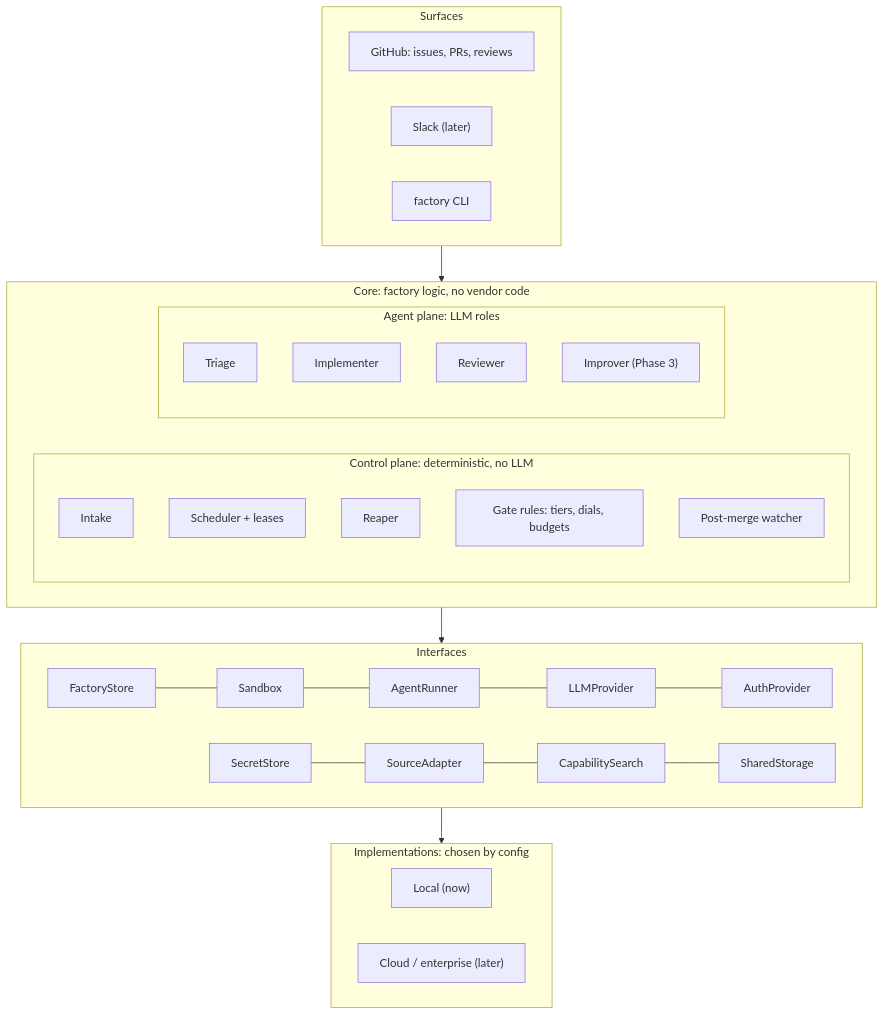
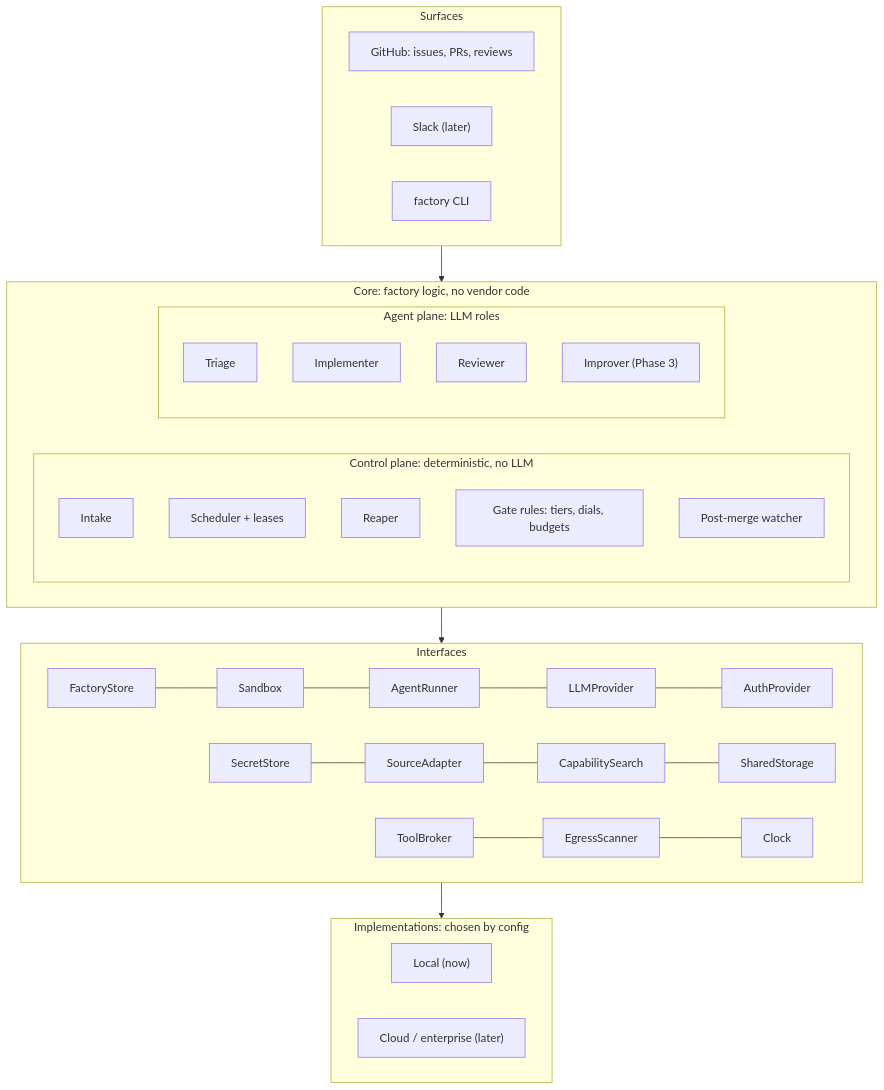
The first of 4 diagrams in docs/architecture.md (seonWKim/software-factory), drawn with Mermaid before and after one commit. The commit also changed other lines of this file and 5 other files, not shown here.

````diff
--- a/docs/architecture.md
+++ b/docs/architecture.md
@@ -15,42 +15,43 @@
 ```mermaid
 graph TB
   subgraph SURF["Surfaces"]
     direction LR
     GH["GitHub: issues, PRs, reviews"]
     SL["Slack (later)"]
     CLI["factory CLI"]
   end
 
   subgraph CORE["Core: factory logic, no vendor code"]
     direction LR
     subgraph CP["Control plane: deterministic, no LLM"]
       direction TB
       IN["Intake"]
       MG["Scheduler + leases"]
       RP["Reaper"]
       GT["Gate rules: tiers, dials, budgets"]
       PM["Post-merge watcher"]
     end
     subgraph AP["Agent plane: LLM roles"]
       direction TB
       TR["Triage"]
       IM["Implementer"]
       RV["Reviewer"]
       IMP["Improver (Phase 3)"]
     end
   end
 
   subgraph IF["Interfaces"]
     direction LR
     I1["FactoryStore"] --- I2["Sandbox"] --- I3["AgentRunner"] --- I4["LLMProvider"] --- I5["AuthProvider"]
     I6["SecretStore"] --- I7["SourceAdapter"] --- I8["CapabilitySearch"] --- I9["SharedStorage"]
+    I10["ToolBroker"] --- I11["EgressScanner"] --- I12["Clock"]
   end
 
   subgraph IMPL["Implementations: chosen by config"]
     direction LR
     LOC["Local (now)"]
     CLD["Cloud / enterprise (later)"]
   end
 
   SURF --> CORE --> IF --> IMPL
 ```
````
